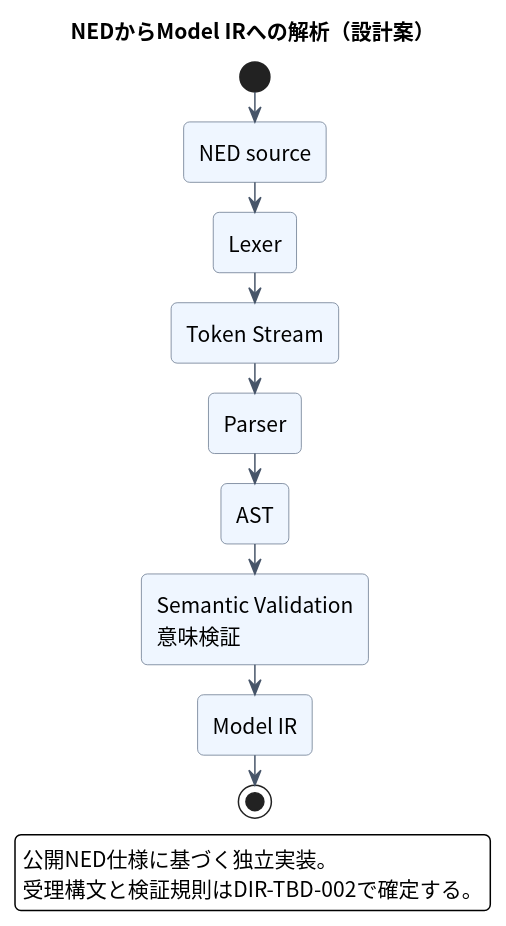
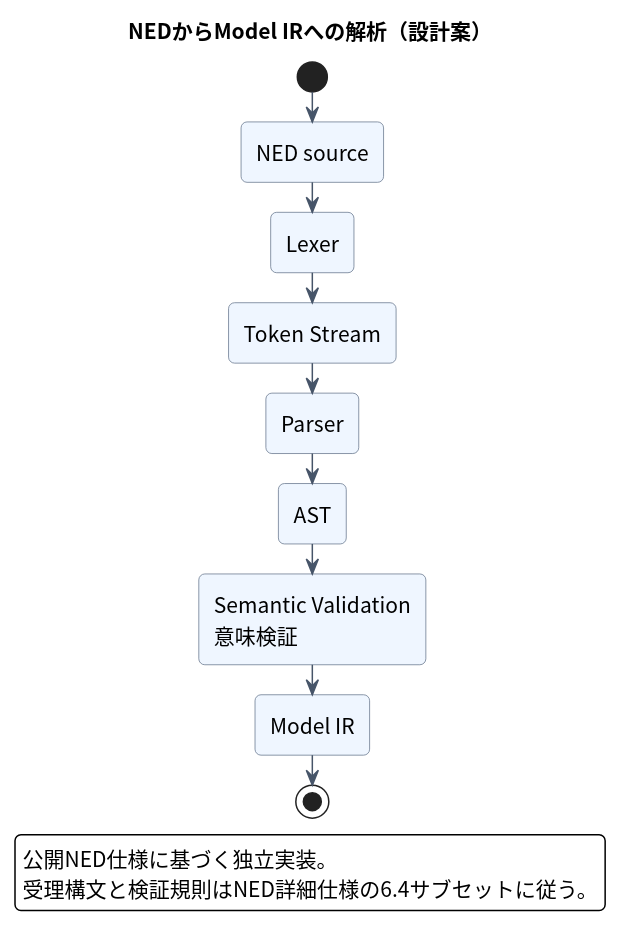
Before and after one commit to hideki-ozu/DIR-Simulator: the diagram in docs/diagrams/architecture/architecture--ned-parsing--activity.puml, drawn with PlantUML. The commit also changed 355 other files, not shown here.

```diff
--- a/docs/diagrams/architecture/architecture--ned-parsing--activity.puml
+++ b/docs/diagrams/architecture/architecture--ned-parsing--activity.puml
@@ -1,42 +1,42 @@
 @startuml architecture--ned-parsing--activity
 ' Document: ../../アーキテクチャ設計書.md
-' Section: NED Parser Architecture
+' Section: NEDの読込みと構造検証
 ' Purpose: NEDからModel IRへの解析（設計案）
 
 skinparam backgroundColor white
 skinparam defaultFontName Noto Sans CJK JP
 skinparam defaultFontSize 14
 skinparam shadowing false
 skinparam roundcorner 8
 skinparam ArrowColor #475569
 skinparam LineColor #475569
 skinparam componentStyle rectangle
 skinparam componentBackgroundColor #EFF6FF
 skinparam componentBorderColor #64748B
 skinparam activityBackgroundColor #EFF6FF
 skinparam activityBorderColor #64748B
 skinparam activityDiamondBackgroundColor #FFF7ED
 skinparam noteBackgroundColor #FFFBEA
 skinparam noteBorderColor #D6C77A
 skinparam classBackgroundColor #EFF6FF
 skinparam classBorderColor #64748B
 skinparam packageBackgroundColor #F8FAFC
 skinparam packageBorderColor #94A3B8
 
 title NEDからModel IRへの解析（設計案）
 
 start
 :NED source;
 :Lexer;
 :Token Stream;
 :Parser;
 :AST;
 :Semantic Validation
 意味検証;
 :Model IR;
 stop
 legend bottom
   公開NED仕様に基づく独立実装。
-  受理構文と検証規則はDIR-TBD-002で確定する。
+  受理構文と検証規則はNED詳細仕様の6.4サブセットに従う。
 endlegend
 @enduml
```
